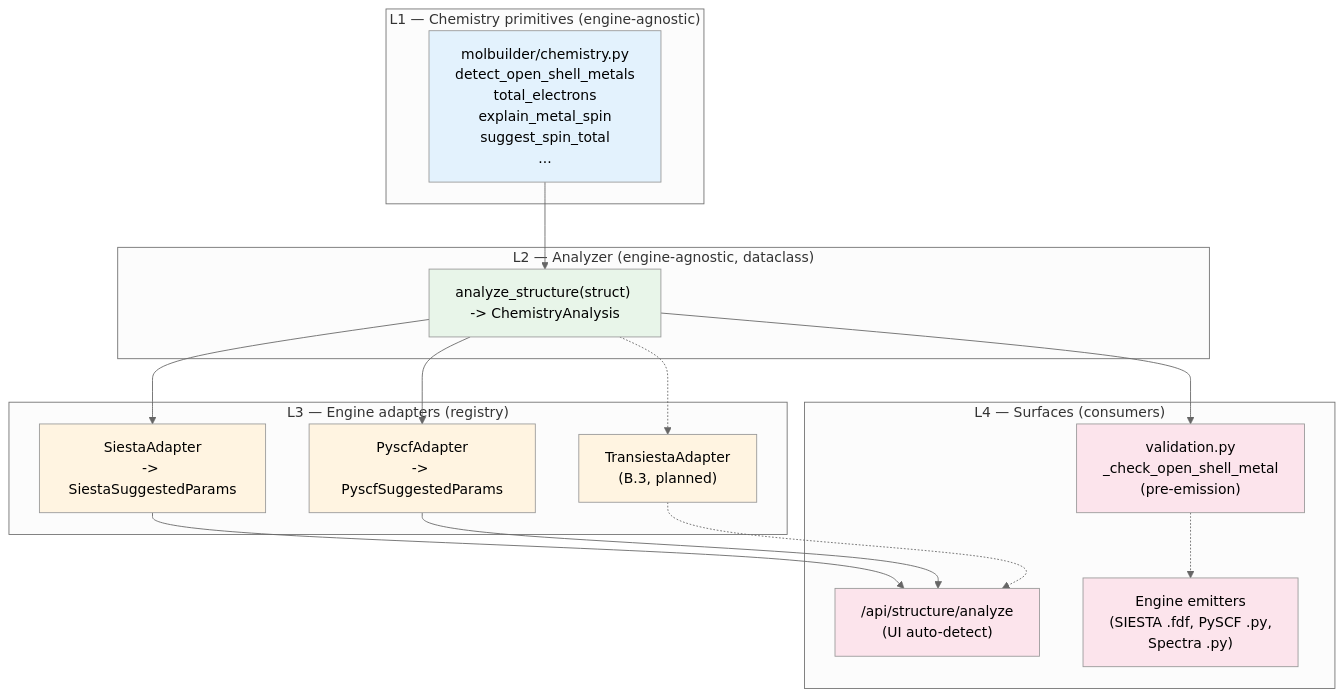
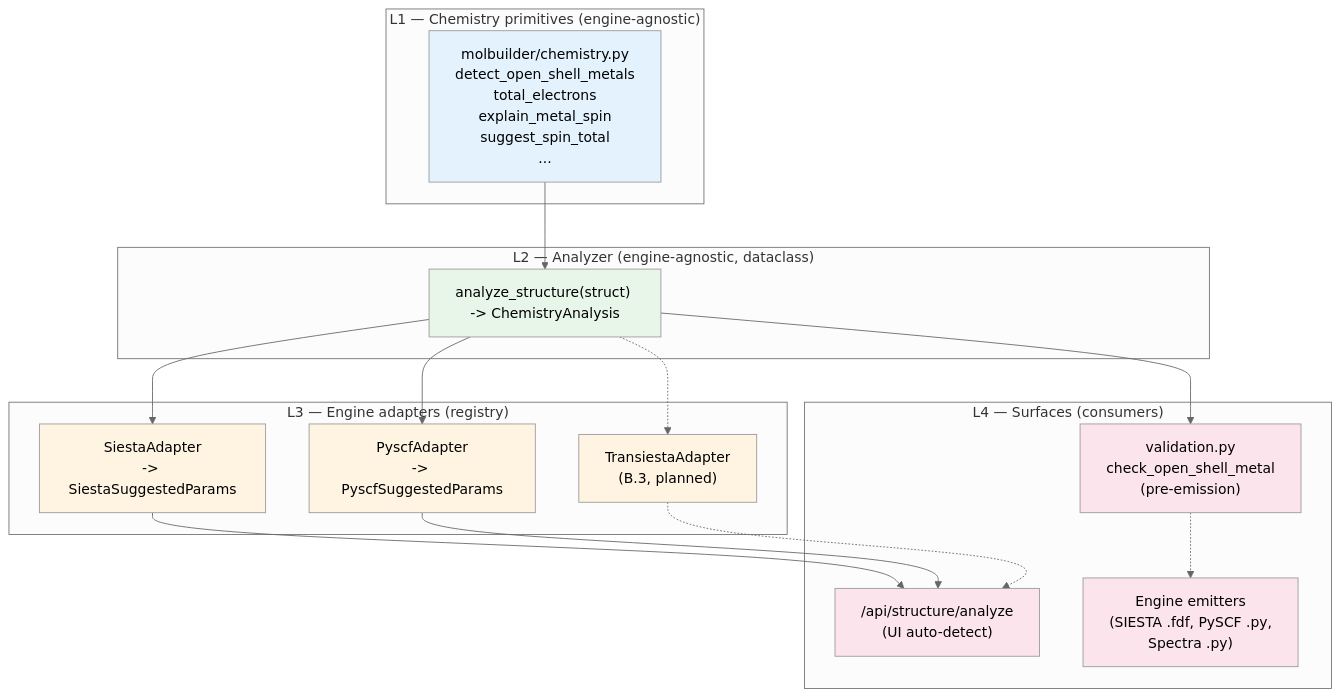
One commit to Qing-LAB/molbuilder changed the diagram in docs/protocols/scientific-validation.md. Above: the diagram before and after it, drawn with Mermaid (neutral theme). The commit also changed other lines of this file and 17 other files, not shown here.

````diff
--- a/docs/protocols/scientific-validation.md
+++ b/docs/protocols/scientific-validation.md
@@ -25,41 +25,41 @@
 ```mermaid
 flowchart TB
     subgraph L1 ["L1 — Chemistry primitives (engine-agnostic)"]
         chem["molbuilder/chemistry.py<br/>detect_open_shell_metals<br/>total_electrons<br/>explain_metal_spin<br/>suggest_spin_total<br/>..."]
     end
 
     subgraph L2 ["L2 — Analyzer (engine-agnostic, dataclass)"]
         analyzer["analyze_structure(struct) -> ChemistryAnalysis"]
     end
 
     subgraph L3 ["L3 — Engine adapters (registry)"]
         siesta["SiestaAdapter<br/>-> SiestaSuggestedParams"]
         pyscf["PyscfAdapter<br/>-> PyscfSuggestedParams"]
         transiesta["TransiestaAdapter<br/>(B.3, planned)"]
     end
 
     subgraph L4 ["L4 — Surfaces (consumers)"]
         api["/api/structure/analyze<br/>(UI auto-detect)"]
-        validator["validation.py<br/>_check_open_shell_metal<br/>(pre-emission)"]
+        validator["validation.py<br/>check_open_shell_metal<br/>(pre-emission)"]
         scripts["Engine emitters<br/>(SIESTA .fdf, PySCF .py,<br/>Spectra .py)"]
     end
 
     chem --> analyzer
     analyzer --> siesta
     analyzer --> pyscf
     analyzer -.-> transiesta
     analyzer --> validator
     siesta --> api
     pyscf --> api
     transiesta -.-> api
     validator -.-> scripts
 
     style chem fill:#e3f2fd
     style analyzer fill:#e8f5e9
     style siesta fill:#fff4e1
     style pyscf fill:#fff4e1
     style transiesta fill:#fff4e1
     style api fill:#fce4ec
     style validator fill:#fce4ec
     style scripts fill:#fce4ec
 ```
````
